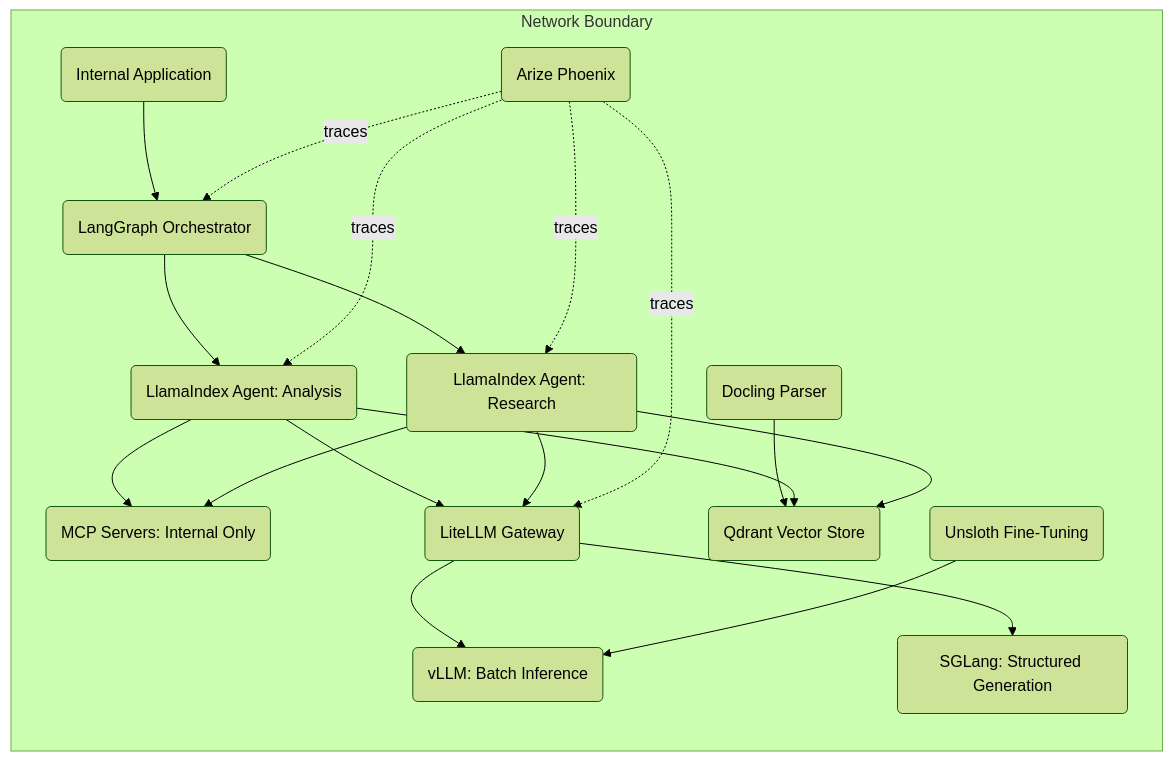
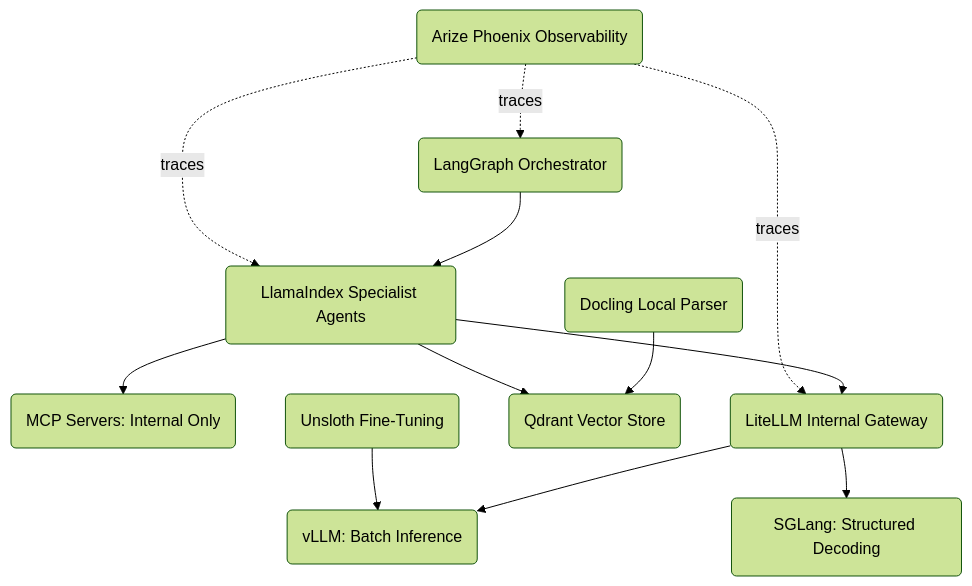
Before and after one commit to Lyd1aCla1r3/lyd1acla1r3.github.io: the diagram in blog/content/guides/private-and-airgapped-deployment/configuration.md, drawn with Mermaid (forest theme). The commit also changed other lines of this file and 243 other files, not shown here.

````diff
--- a/blog/content/guides/private-and-airgapped-deployment/configuration.md
+++ b/blog/content/guides/private-and-airgapped-deployment/configuration.md
@@ -17,22 +29,14 @@
 ```mermaid
-graph LR
-    subgraph NB["Network Boundary"]
-        App("Internal Application") --> LG("LangGraph Orchestrator")
-        LG --> Agent1("LlamaIndex Agent: Analysis")
-        LG --> Agent2("LlamaIndex Agent: Research")
-        Agent1 --> MCP("MCP Servers: Internal Only")
-        Agent2 --> MCP
-        Agent1 --> LiteLLM("LiteLLM Gateway")
-        Agent2 --> LiteLLM
-        LiteLLM --> vLLM("vLLM: Batch Inference")
-        LiteLLM --> SGLang("SGLang: Structured Generation")
-        Docling("Docling Parser") --> Qdrant("Qdrant Vector Store")
-        Agent1 --> Qdrant
-        Agent2 --> Qdrant
-        Unsloth("Unsloth Fine-Tuning") --> vLLM
-        Phoenix("Arize Phoenix") -. traces .-> LG
-        Phoenix -. traces .-> LiteLLM
-        Phoenix -. traces .-> Agent1
-        Phoenix -. traces .-> Agent2
-    end
+graph TD
+    LG("LangGraph Orchestrator") --> Agents("LlamaIndex Specialist Agents")
+    Agents --> MCP("MCP Servers: Internal Only")
+    Agents --> LiteLLM("LiteLLM Internal Gateway")
+    LiteLLM --> vLLM("vLLM: Batch Inference")
+    LiteLLM --> SGLang("SGLang: Structured Decoding")
+    Docling("Docling Local Parser") --> Qdrant("Qdrant Vector Store")
+    Agents --> Qdrant
+    Unsloth("Unsloth Fine-Tuning") --> vLLM
+    Phoenix("Arize Phoenix Observability") -. traces .-> LG
+    Phoenix -. traces .-> LiteLLM
+    Phoenix -. traces .-> Agents
 ```
````
